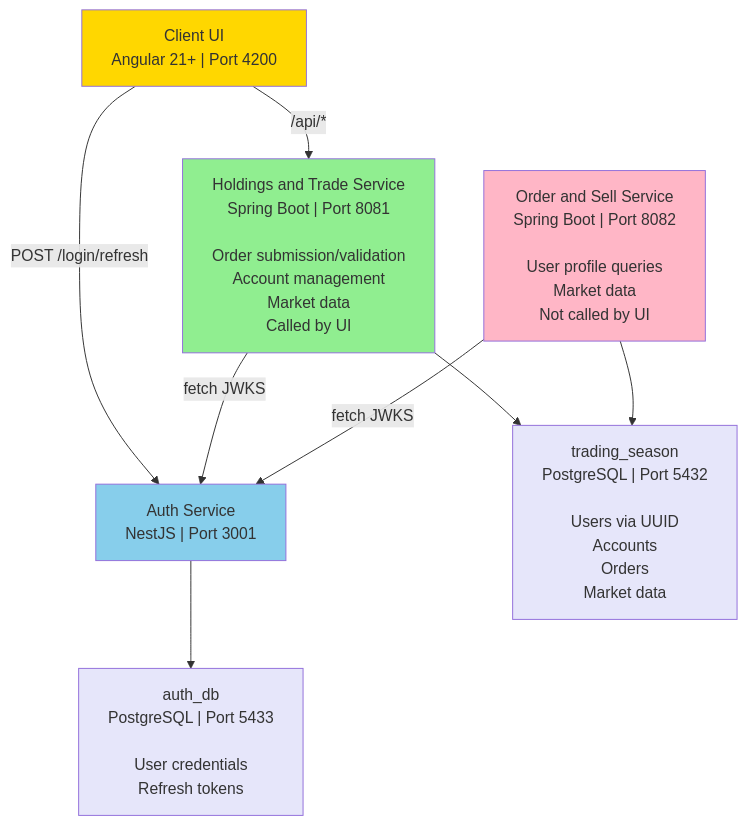
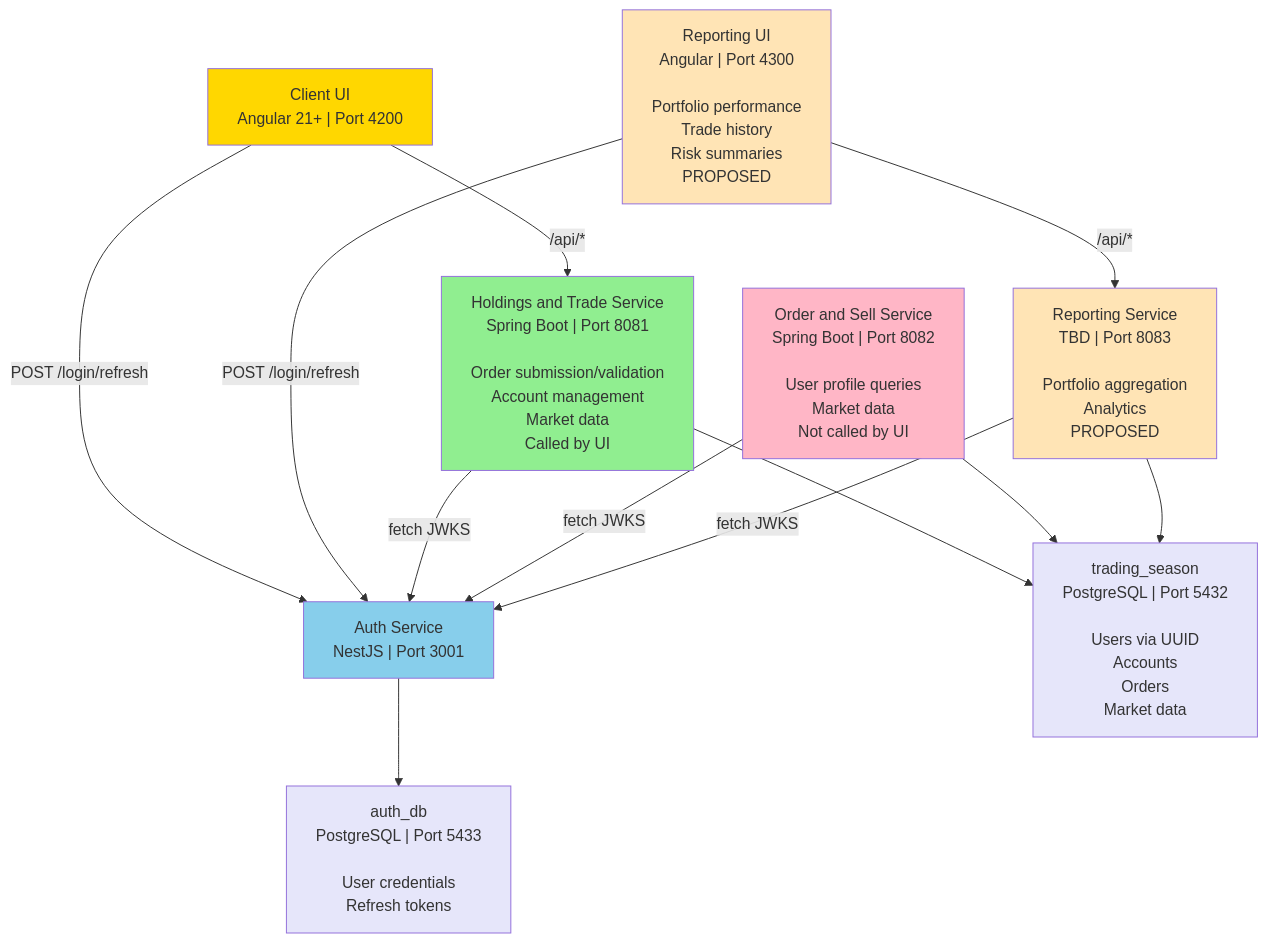
The diagram in docs/reference/architecture.md (seankcheema/trading-season), drawn with Mermaid before and after one commit. The commit also changed other lines of this file, not shown here.

First line of the commit message:
feat: add reporting services to architecture diagram

````diff
--- a/docs/reference/architecture.md
+++ b/docs/reference/architecture.md
@@ -16,25 +16,33 @@
 ```mermaid
 graph TB
     UI["Client UI<br/>Angular 21+ | Port 4200"]
+    RptUI["Reporting UI<br/>Angular | Port 4300<br/><br/>Portfolio performance<br/>Trade history<br/>Risk summaries<br/>PROPOSED"]
     Auth["Auth Service<br/>NestJS | Port 3001"]
     HT["Holdings and Trade Service<br/>Spring Boot | Port 8081<br/><br/>Order submission/validation<br/>Account management<br/>Market data<br/>Called by UI"]
     OS["Order and Sell Service<br/>Spring Boot | Port 8082<br/><br/>User profile queries<br/>Market data<br/>Not called by UI"]
+    RptSvc["Reporting Service<br/>TBD | Port 8083<br/><br/>Portfolio aggregation<br/>Analytics<br/>PROPOSED"]
     
     AuthDB["auth_db<br/>PostgreSQL | Port 5433<br/><br/>User credentials<br/>Refresh tokens"]
     BizDB["trading_season<br/>PostgreSQL | Port 5432<br/><br/>Users via UUID<br/>Accounts<br/>Orders<br/>Market data"]
     
     UI -->|POST /login/refresh| Auth
     UI -->|/api/*| HT
+    RptUI -->|POST /login/refresh| Auth
+    RptUI -->|/api/*| RptSvc
     HT -->|fetch JWKS| Auth
     OS -->|fetch JWKS| Auth
+    RptSvc -->|fetch JWKS| Auth
     Auth --> AuthDB
     HT --> BizDB
     OS --> BizDB
+    RptSvc --> BizDB
     
     style HT fill:#90EE90
     style OS fill:#FFB6C6
     style Auth fill:#87CEEB
     style UI fill:#FFD700
+    style RptUI fill:#FFE4B5
+    style RptSvc fill:#FFE4B5
     style AuthDB fill:#E6E6FA
     style BizDB fill:#E6E6FA
 ```
````
